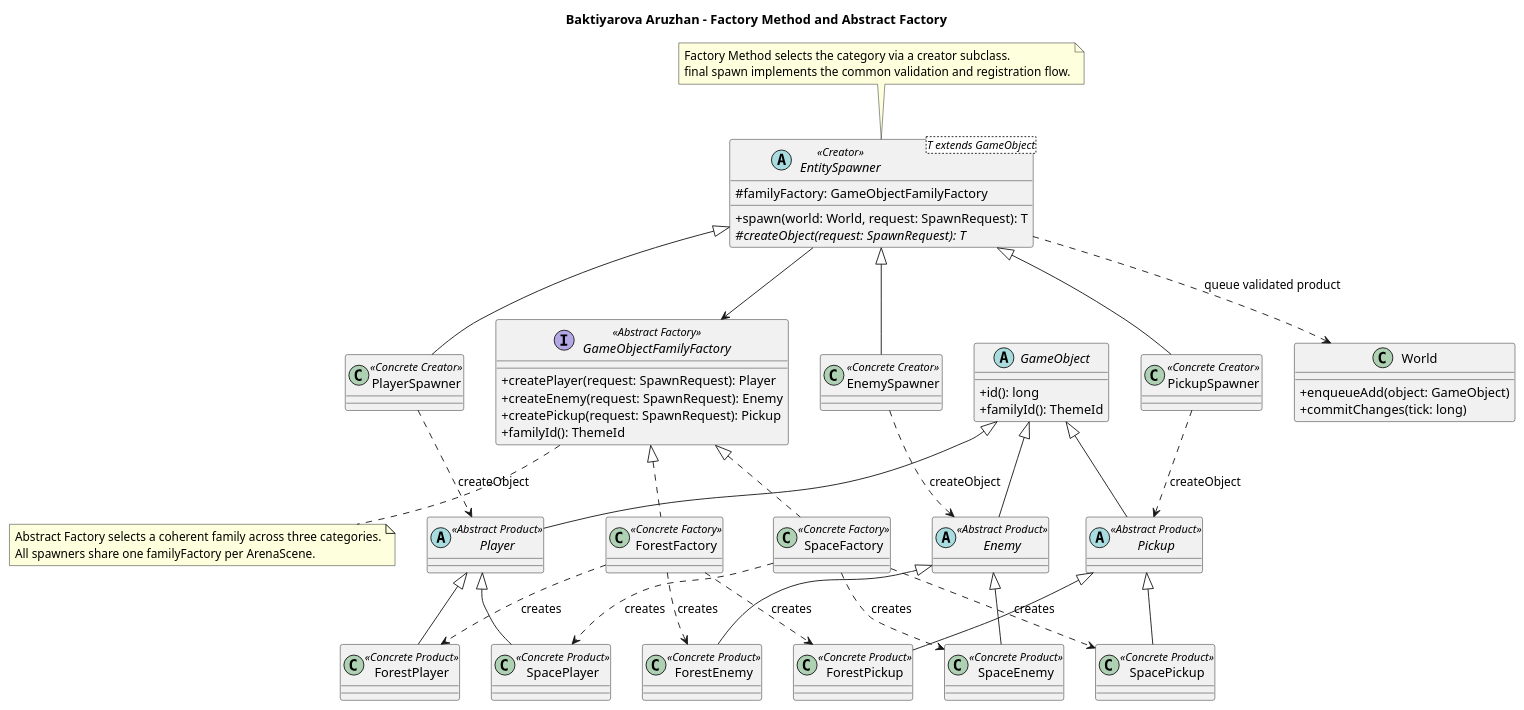
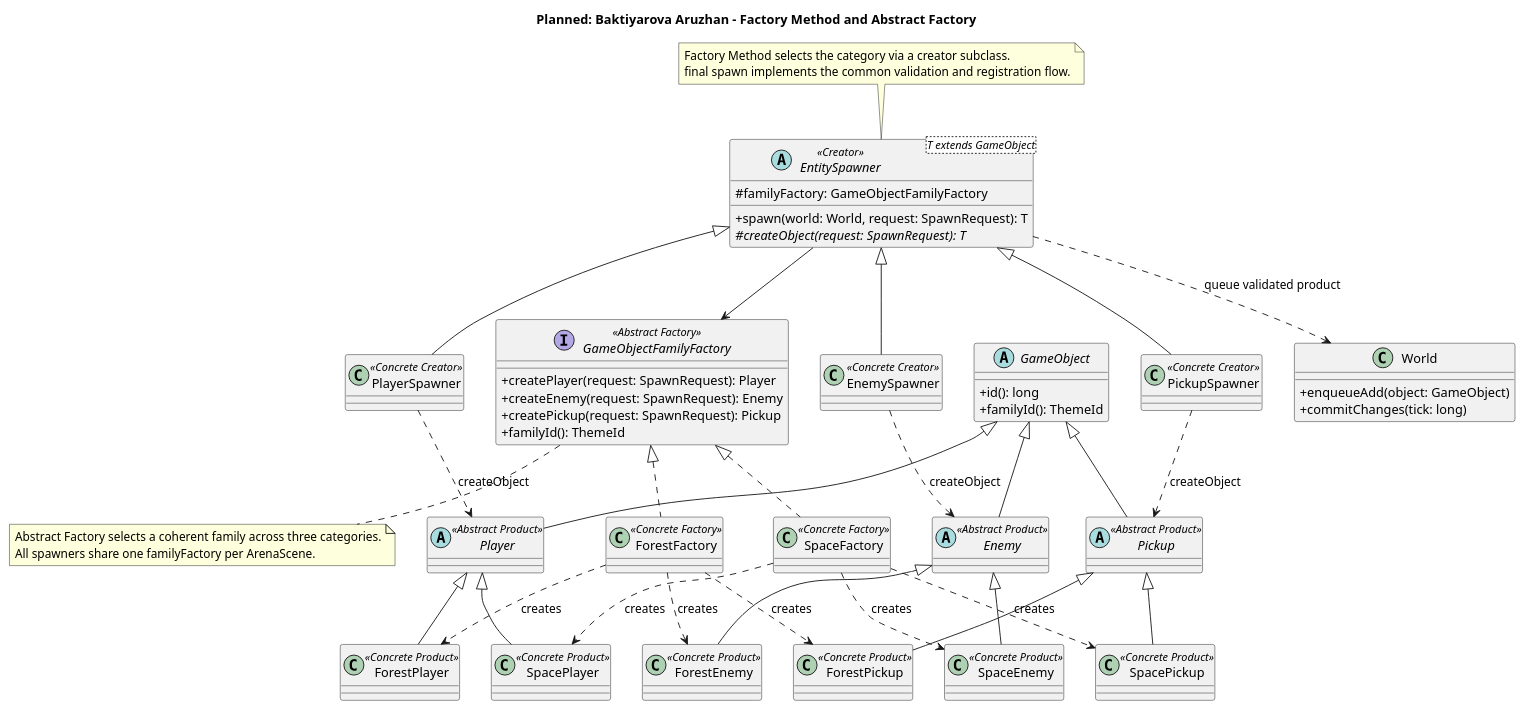
Before and after one commit to AlmazCode/JSE: the diagram in docs/uml/factory-patterns.puml, drawn with PlantUML. The commit also changed 86 other files, not shown here.

```diff
--- a/docs/uml/factory-patterns.puml
+++ b/docs/uml/factory-patterns.puml
@@ -1,70 +1,70 @@
 @startuml
-title Baktiyarova Aruzhan - Factory Method and Abstract Factory
+title Planned: Baktiyarova Aruzhan - Factory Method and Abstract Factory
 skinparam classAttributeIconSize 0
 abstract class "EntitySpawner<T extends GameObject>" as Spawner <<Creator>> {
   # familyFactory: GameObjectFamilyFactory
   + spawn(world: World, request: SpawnRequest): T
   # {abstract} createObject(request: SpawnRequest): T
 }
 class PlayerSpawner <<Concrete Creator>>
 class EnemySpawner <<Concrete Creator>>
 class PickupSpawner <<Concrete Creator>>
 interface GameObjectFamilyFactory <<Abstract Factory>> {
   + createPlayer(request: SpawnRequest): Player
   + createEnemy(request: SpawnRequest): Enemy
   + createPickup(request: SpawnRequest): Pickup
   + familyId(): ThemeId
 }
 class ForestFactory <<Concrete Factory>>
 class SpaceFactory <<Concrete Factory>>
 abstract class GameObject {
   + id(): long
   + familyId(): ThemeId
 }
 abstract class Player <<Abstract Product>>
 abstract class Enemy <<Abstract Product>>
 abstract class Pickup <<Abstract Product>>
 class ForestPlayer <<Concrete Product>>
 class ForestEnemy <<Concrete Product>>
 class ForestPickup <<Concrete Product>>
 class SpacePlayer <<Concrete Product>>
 class SpaceEnemy <<Concrete Product>>
 class SpacePickup <<Concrete Product>>
 class World {
   + enqueueAdd(object: GameObject)
   + commitChanges(tick: long)
 }
 Spawner <|-- PlayerSpawner
 Spawner <|-- EnemySpawner
 Spawner <|-- PickupSpawner
 Spawner --> GameObjectFamilyFactory
 Spawner ..> World : queue validated product
 PlayerSpawner ..> Player : createObject
 EnemySpawner ..> Enemy : createObject
 PickupSpawner ..> Pickup : createObject
 GameObjectFamilyFactory <|.. ForestFactory
 GameObjectFamilyFactory <|.. SpaceFactory
 GameObject <|-- Player
 GameObject <|-- Enemy
 GameObject <|-- Pickup
 Player <|-- ForestPlayer
 Player <|-- SpacePlayer
 Enemy <|-- ForestEnemy
 Enemy <|-- SpaceEnemy
 Pickup <|-- ForestPickup
 Pickup <|-- SpacePickup
 ForestFactory ..> ForestPlayer : creates
 ForestFactory ..> ForestEnemy : creates
 ForestFactory ..> ForestPickup : creates
 SpaceFactory ..> SpacePlayer : creates
 SpaceFactory ..> SpaceEnemy : creates
 SpaceFactory ..> SpacePickup : creates
 note top of Spawner
 Factory Method selects the category via a creator subclass.
 final spawn implements the common validation and registration flow.
 end note
 note bottom of GameObjectFamilyFactory
 Abstract Factory selects a coherent family across three categories.
 All spawners share one familyFactory per ArenaScene.
 end note
 @enduml
```
